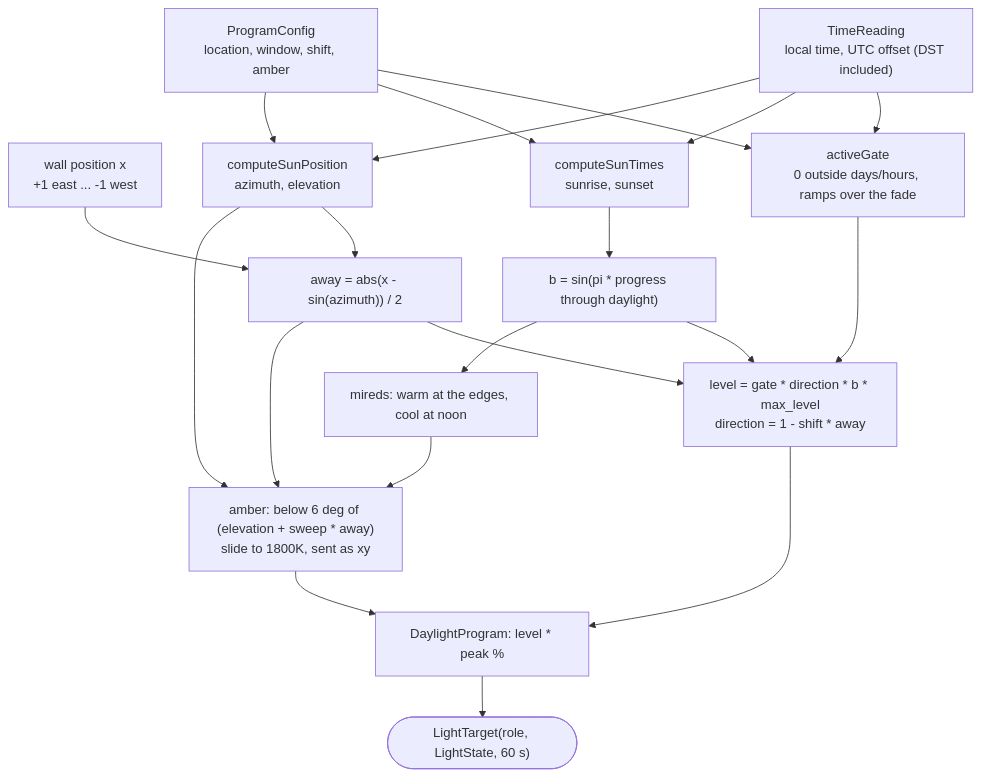
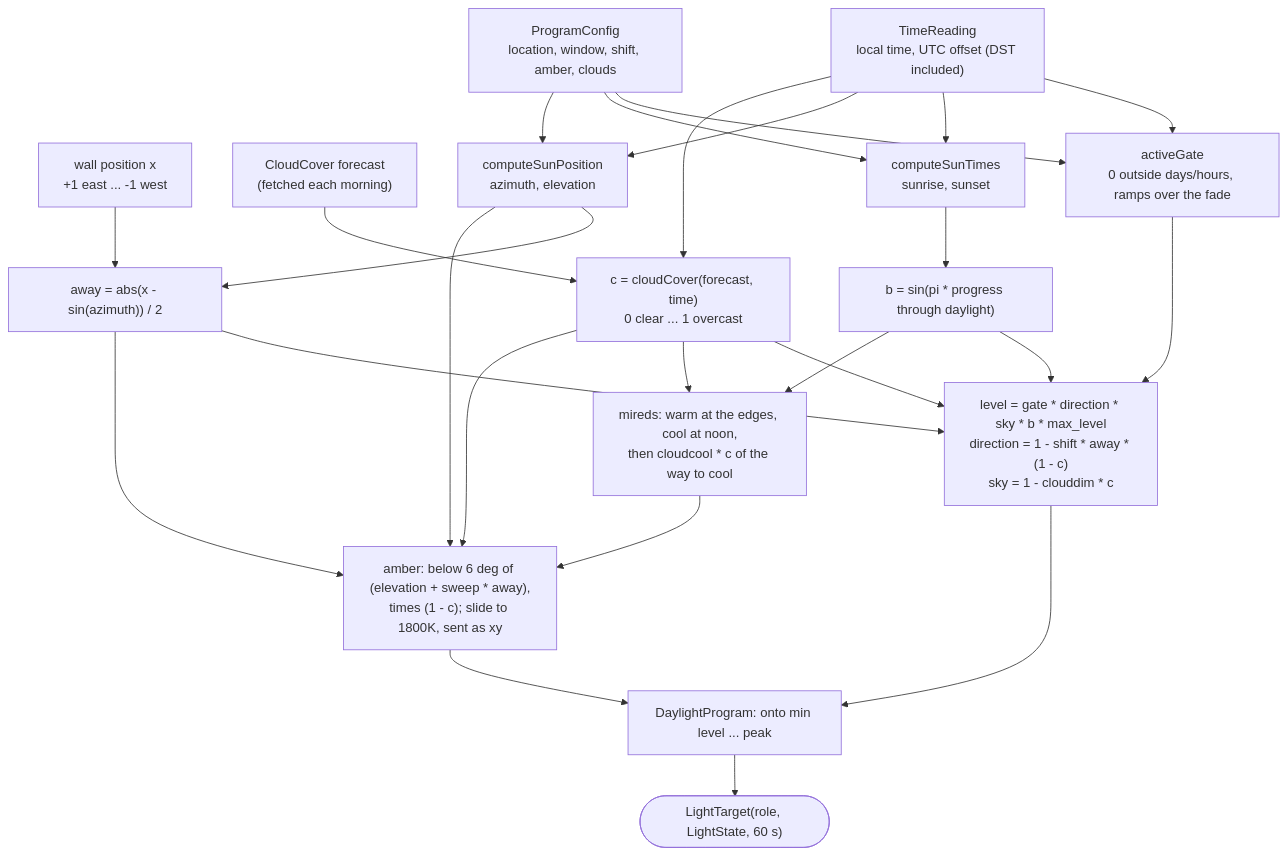
The fifth of 5 diagrams in DESIGN.md (bjerre/sunsim), drawn with Mermaid before and after one commit. The commit also changed other lines of this file and 22 other files, not shown here.

````diff
--- a/DESIGN.md
+++ b/DESIGN.md
@@ -191,27 +191,32 @@
 ```mermaid
 flowchart TB
     T["TimeReading<br/>local time, UTC offset (DST included)"]
     X["wall position x<br/>+1 east ... -1 west"]
-    CFG["ProgramConfig<br/>location, window, shift, amber"]
+    CFG["ProgramConfig<br/>location, window, shift, amber, clouds"]
+    FC["CloudCover forecast<br/>(fetched each morning)"]
 
     T & CFG --> G["activeGate<br/>0 outside days/hours, ramps over the fade"]
     T & CFG --> ST["computeSunTimes<br/>sunrise, sunset"]
     T & CFG --> SP["computeSunPosition<br/>azimuth, elevation"]
+    T & FC --> CC["c = cloudCover(forecast, time)<br/>0 clear ... 1 overcast"]
 
     ST --> BR["b = sin(pi * progress through daylight)"]
     SP --> AW["away = abs(x - sin(azimuth)) / 2"]
     X --> AW
 
-    BR --> LV["level = gate * direction * b * max_level<br/>direction = 1 - shift * away"]
+    BR --> LV["level = gate * direction * sky * b * max_level<br/>direction = 1 - shift * away * (1 - c)<br/>sky = 1 - clouddim * c"]
     G --> LV
     AW --> LV
-    BR --> MI["mireds: warm at the edges, cool at noon"]
+    CC --> LV
+    BR --> MI["mireds: warm at the edges, cool at noon,<br/>then cloudcool * c of the way to cool"]
+    CC --> MI
 
-    SP --> AM["amber: below 6 deg of (elevation + sweep * away)<br/>slide to 1800K, sent as xy"]
+    SP --> AM["amber: below 6 deg of (elevation + sweep * away),<br/>times (1 - c); slide to 1800K, sent as xy"]
     AW --> AM
     MI --> AM
+    CC --> AM
 
-    LV --> PK["DaylightProgram: level * peak %"]
+    LV --> PK["DaylightProgram: onto min level ... peak"]
     AM --> PK
     PK --> LT(["LightTarget(role, LightState, 60 s)"])
 ```
````
